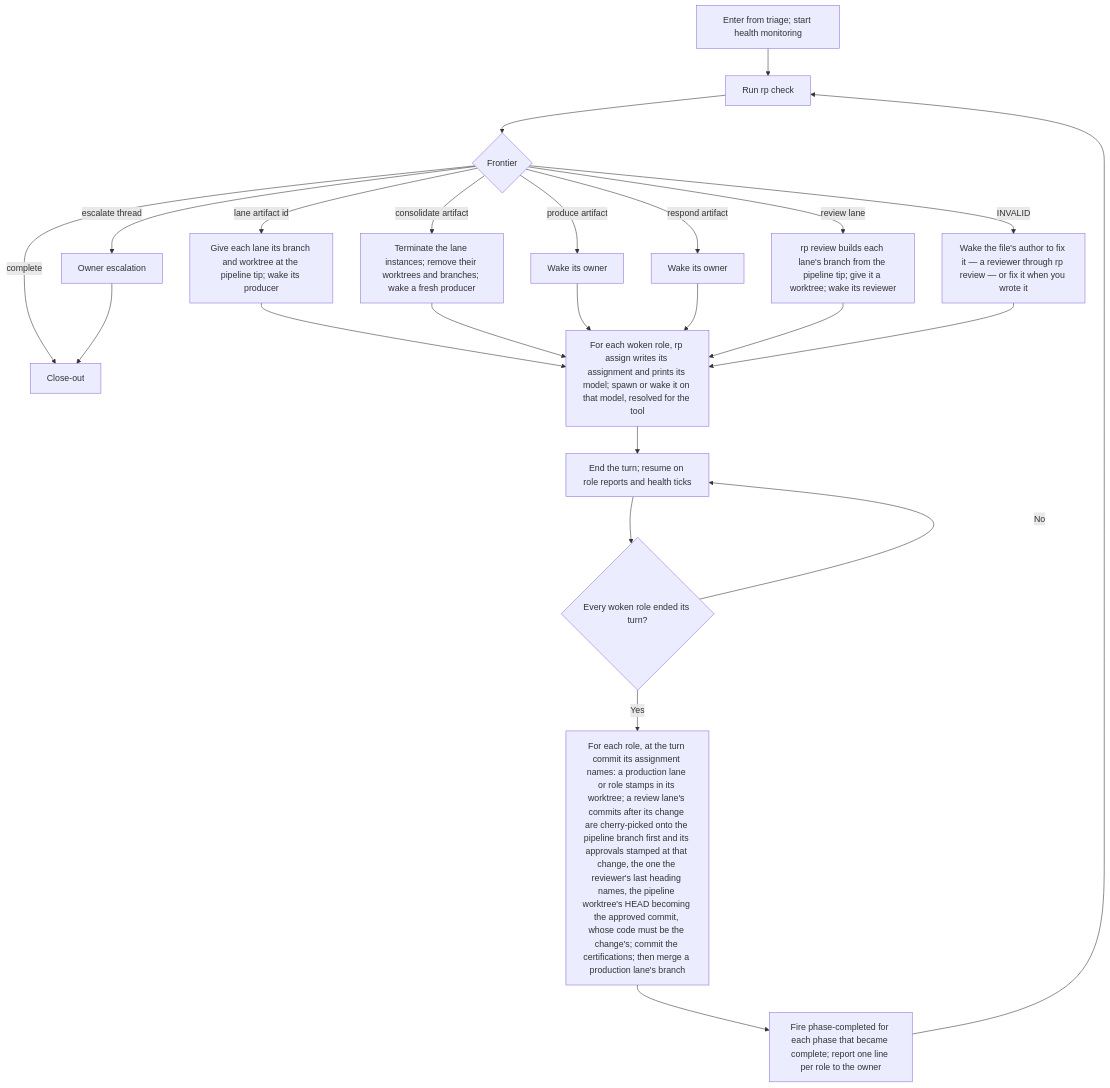
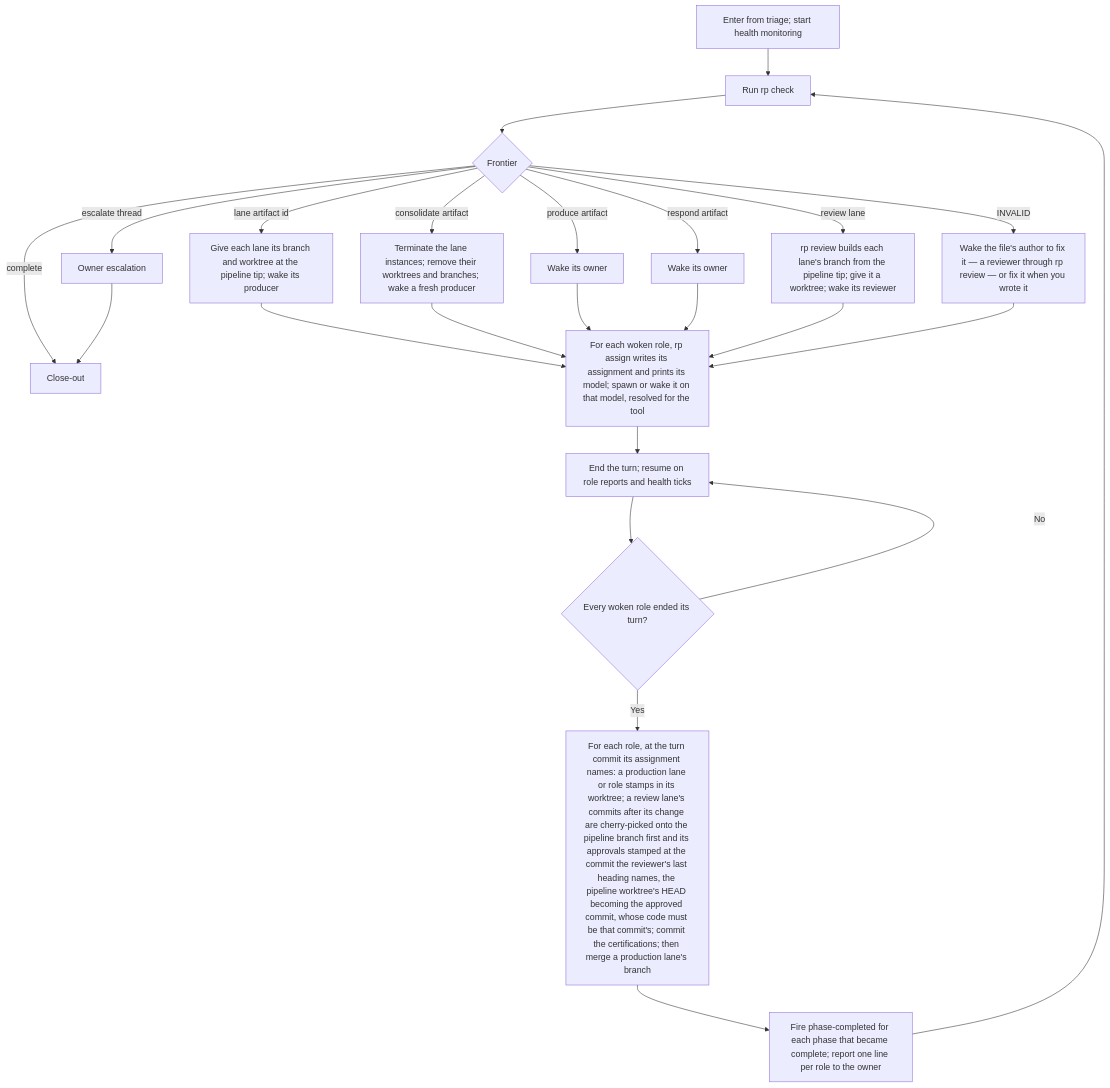
The diagram in docs/flowcharts/loop.md (Automattic/radical-pipelines), drawn with Mermaid before and after one commit. The commit also changed 11 other files, not shown here.

Commit message:
Give a reviewer woken to fix its rejected files a repair request, and stamp an approval at its last heading's commit (implementer)

````diff
--- a/docs/flowcharts/loop.md
+++ b/docs/flowcharts/loop.md
@@ -5,26 +5,26 @@
 ```mermaid
 flowchart TD
     START["Enter from triage; start health monitoring"] --> A["Run rp check"]
     A --> C{"Frontier"}
     C -->|INVALID| AUTHOR["Wake the file's author to fix it — a reviewer through rp review — or fix it when you wrote it"]
     C -->|escalate thread| OE["Owner escalation"]
     C -->|lane artifact id| LANE["Give each lane its branch and worktree at the pipeline tip; wake its producer"]
     C -->|consolidate artifact| CON["Terminate the lane instances; remove their worktrees and branches; wake a fresh producer"]
     C -->|produce artifact| PRODUCE["Wake its owner"]
     C -->|respond artifact| RESPOND["Wake its owner"]
     C -->|review lane| REVIEW["rp review builds each lane's branch from the pipeline tip; give it a worktree; wake its reviewer"]
     C -->|complete| CLOSE["Close-out"]
     OE --> CLOSE
     LANE --> ASSIGN
     CON --> ASSIGN
     PRODUCE --> ASSIGN
     RESPOND --> ASSIGN
     REVIEW --> ASSIGN
     AUTHOR --> ASSIGN
     ASSIGN["For each woken role, rp assign writes its assignment and prints its model; spawn or wake it on that model, resolved for the tool"] --> WAIT
     WAIT["End the turn; resume on role reports and health ticks"] --> ENDED{"Every woken role ended its turn?"}
     ENDED -->|No| WAIT
-    ENDED -->|Yes| LAND["For each role, at the turn commit its assignment names: a production lane or role stamps in its worktree; a review lane's commits after its change are cherry-picked onto the pipeline branch first and its approvals stamped at that change, the one the reviewer's last heading names, the pipeline worktree's HEAD becoming the approved commit, whose code must be the change's; commit the certifications; then merge a production lane's branch"]
+    ENDED -->|Yes| LAND["For each role, at the turn commit its assignment names: a production lane or role stamps in its worktree; a review lane's commits after its change are cherry-picked onto the pipeline branch first and its approvals stamped at the commit the reviewer's last heading names, the pipeline worktree's HEAD becoming the approved commit, whose code must be that commit's; commit the certifications; then merge a production lane's branch"]
     LAND --> PC["Fire phase-completed for each phase that became complete; report one line per role to the owner"]
     PC --> A
 ```
````
